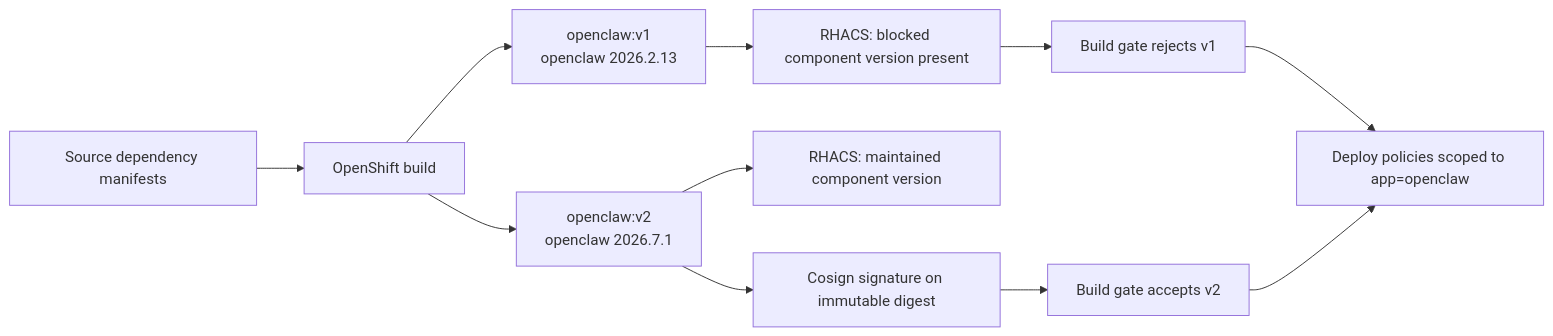
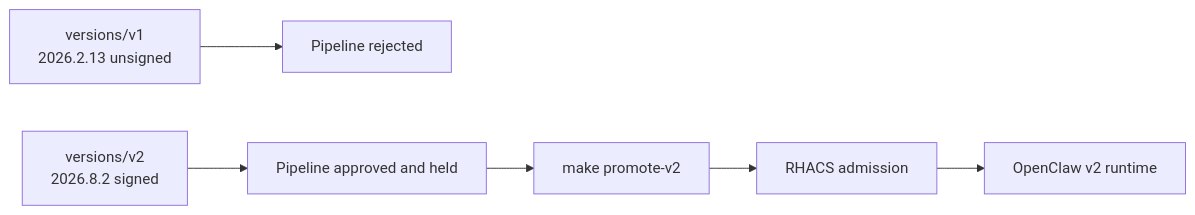
One commit to ralvares/rhacs changed the diagram in docs/SUPPLY-CHAIN-SHOW.md. Above: the diagram before and after it, drawn with Mermaid. The commit also changed other lines of this file and 92 other files, not shown here.

````diff
--- a/docs/SUPPLY-CHAIN-SHOW.md
+++ b/docs/SUPPLY-CHAIN-SHOW.md
@@ -11,13 +9,8 @@
 ```mermaid
 flowchart LR
-    source[Source dependency manifests] --> build[OpenShift build]
-    build --> v1[openclaw:v1<br/>openclaw 2026.2.13]
-    build --> v2[openclaw:v2<br/>openclaw 2026.7.1]
-    v1 --> scan1[RHACS: blocked component version present]
-    v2 --> scan2[RHACS: maintained component version]
-    v2 --> sign[Cosign signature on immutable digest]
-    scan1 --> reject[Build gate rejects v1]
-    sign --> accept[Build gate accepts v2]
-    reject --> deployPolicy[Deploy policies scoped to app=openclaw]
-    accept --> deployPolicy
+    v1[versions/v1<br/>2026.2.13 unsigned] --> reject[Pipeline rejected]
+    v2[versions/v2<br/>2026.8.2 signed] --> approve[Pipeline approved and held]
+    approve --> command[make promote-v2]
+    command --> admission[RHACS admission]
+    admission --> runtime[OpenClaw v2 runtime]
 ```
````
